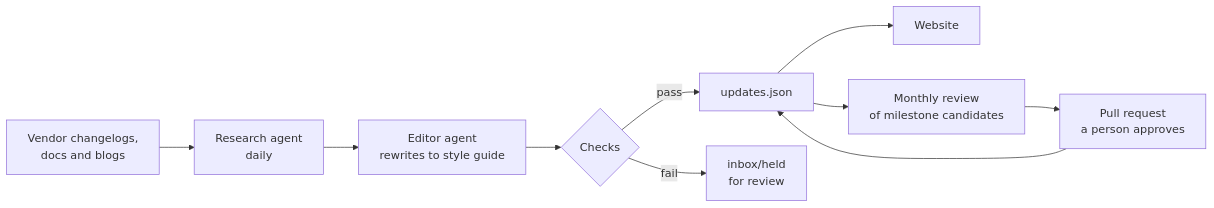
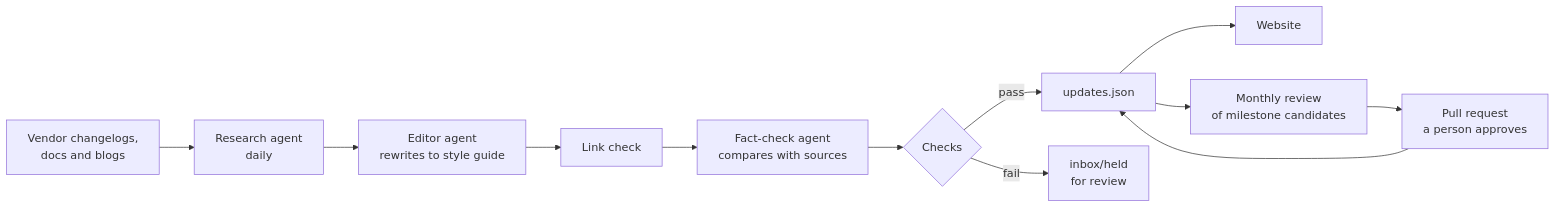
Before and after one commit to RapidVentureLab/genai-change-radar: the diagram in README.md, drawn with Mermaid. The commit also changed other lines of this file and 45 other files, not shown here.

First line of the commit message:
Add a daily fact check and link check, and tidy 14 older items (#15)

````diff
--- a/README.md
+++ b/README.md
@@ -17,12 +17,14 @@
 ```mermaid
 flowchart LR
     A[Vendor changelogs,<br/>docs and blogs] --> B[Research agent<br/>daily]
     B --> C[Editor agent<br/>rewrites to style guide]
-    C --> D{Checks}
+    C --> K[Link check]
+    K --> FC[Fact-check agent<br/>compares with sources]
+    FC --> D{Checks}
     D -- pass --> E[updates.json]
     D -- fail --> H[inbox/held<br/>for review]
     E --> F[Website]
     E --> G[Monthly review<br/>of milestone candidates]
     G --> P[Pull request<br/>a person approves]
     P --> E
 ```
````
